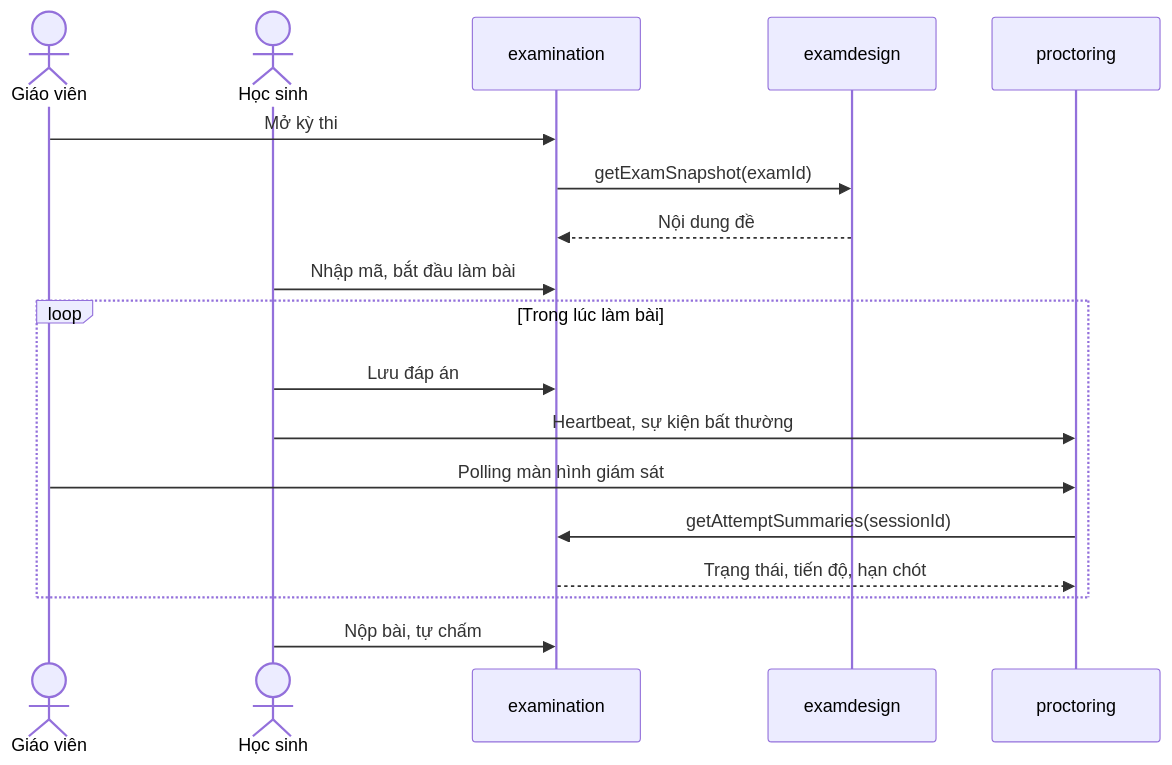
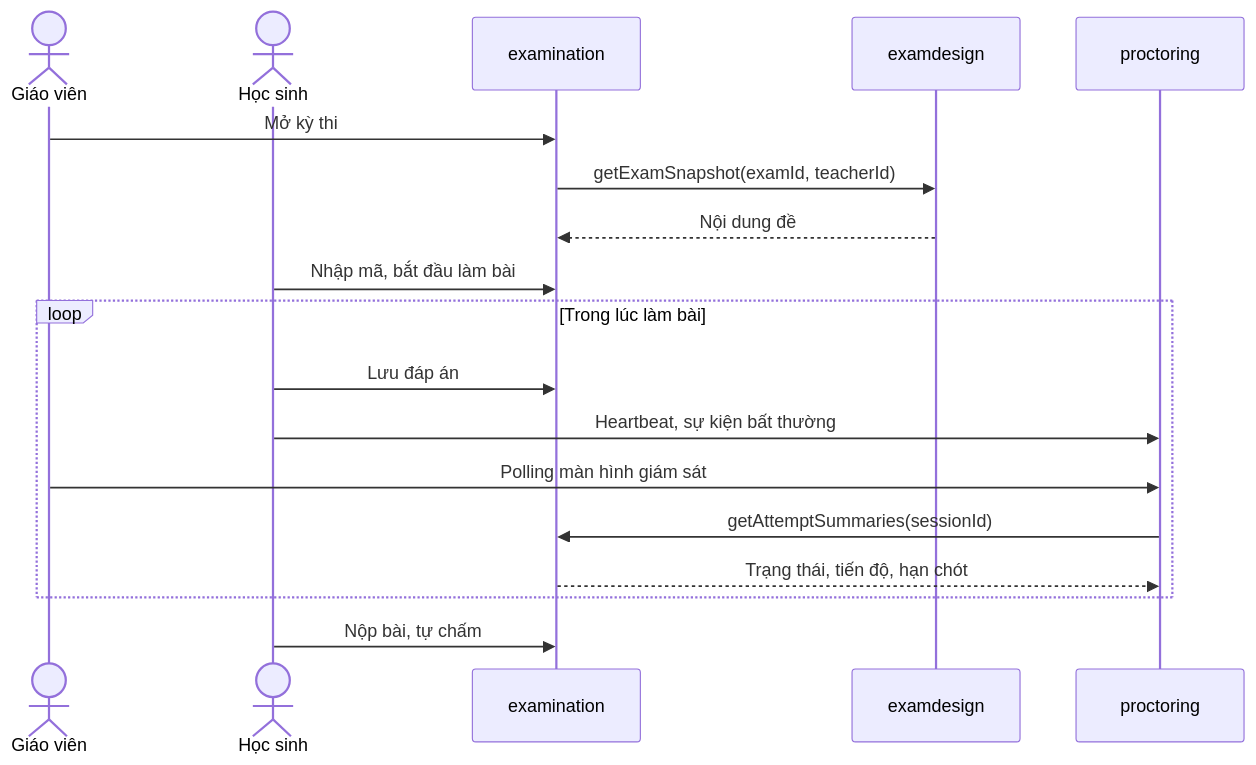
One commit to zindo511/Exam-Practice changed the third of 3 diagrams in README.md. Above: the diagram before and after it, drawn with Mermaid. The commit also changed 6 other files, not shown here.

First line of the commit message:
Thêm ExamDesignApi lấy tóm tắt và snapshot đề cho examination

````diff
--- a/README.md
+++ b/README.md
@@ -232,21 +232,21 @@
 ```mermaid
 sequenceDiagram
     actor GV as Giáo viên
     actor HS as Học sinh
     participant EX as examination
     participant ED as examdesign
     participant PR as proctoring
 
     GV->>EX: Mở kỳ thi
-    EX->>ED: getExamSnapshot(examId)
+    EX->>ED: getExamSnapshot(examId, teacherId)
     ED-->>EX: Nội dung đề
     HS->>EX: Nhập mã, bắt đầu làm bài
     loop Trong lúc làm bài
         HS->>EX: Lưu đáp án
         HS->>PR: Heartbeat, sự kiện bất thường
         GV->>PR: Polling màn hình giám sát
         PR->>EX: getAttemptSummaries(sessionId)
         EX-->>PR: Trạng thái, tiến độ, hạn chót
     end
     HS->>EX: Nộp bài, tự chấm
 ```
````
